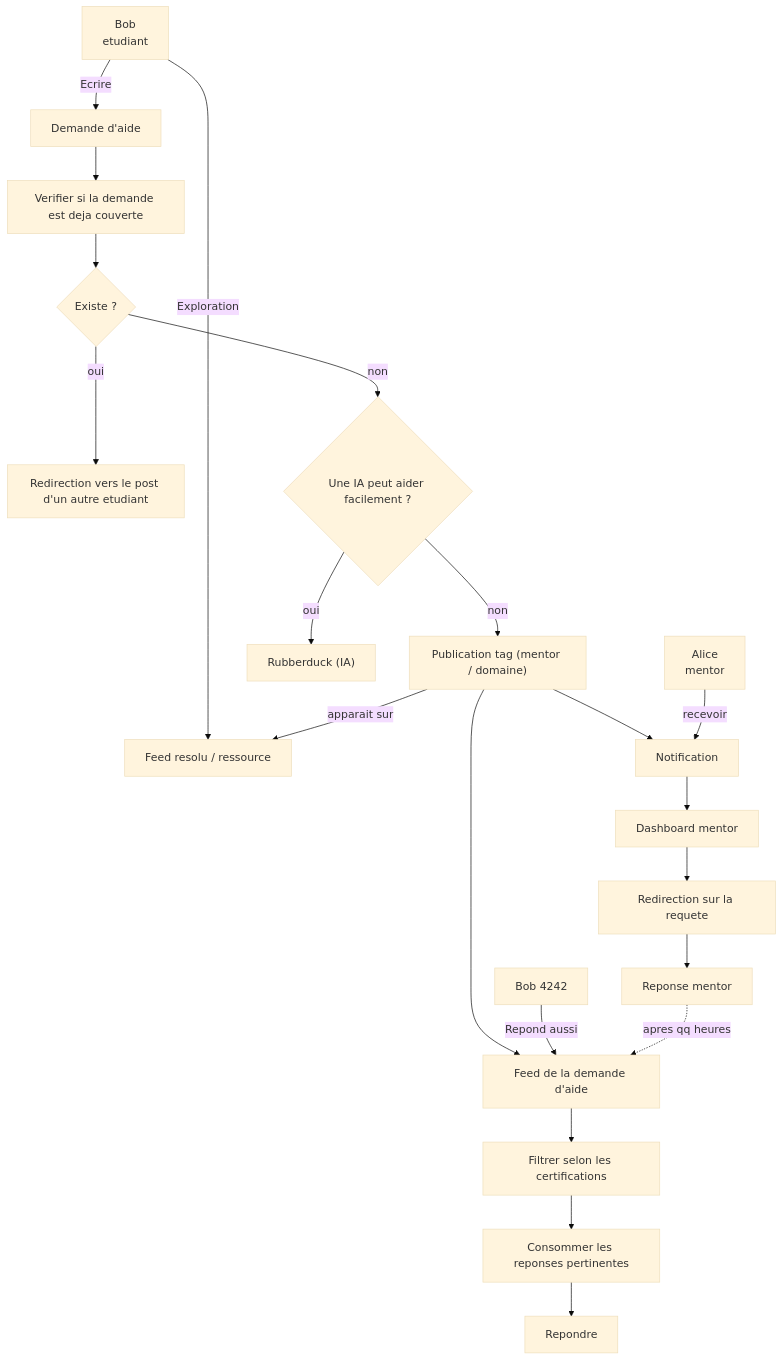
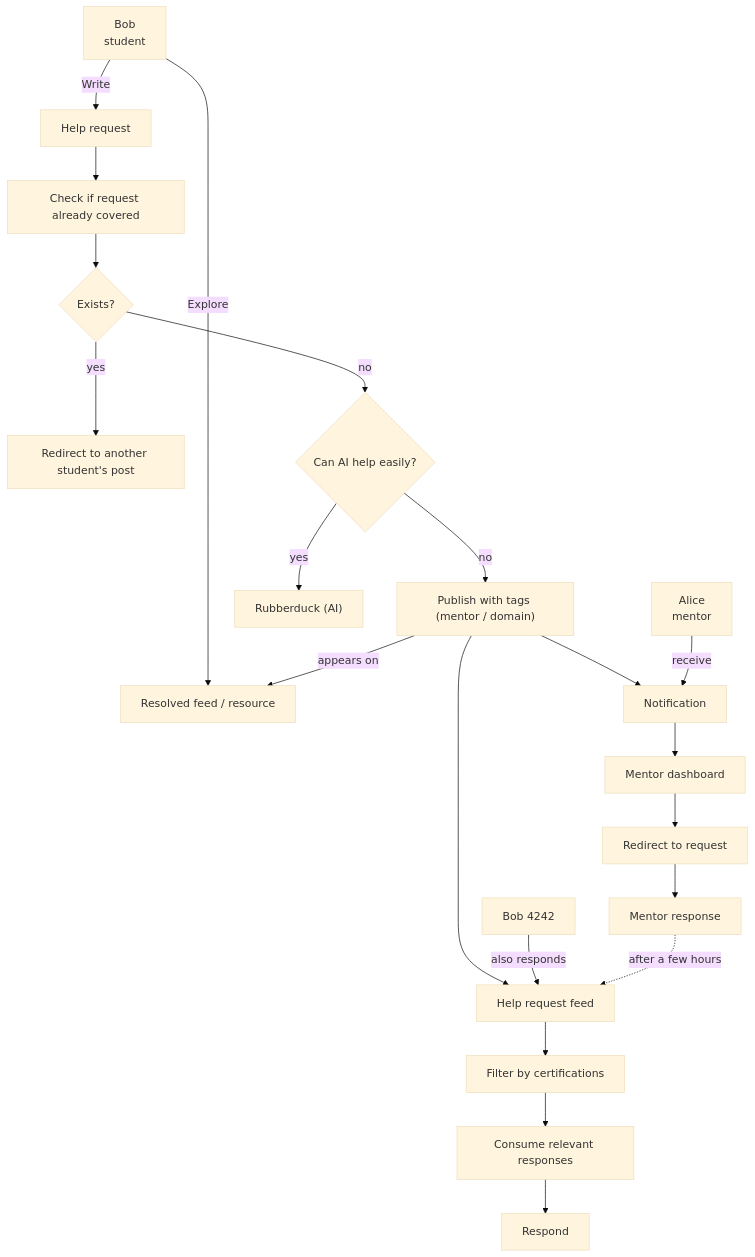
One commit to AllAboard-THP/All-Aboard changed the diagram in Docs/product/user-journeys.md. Above: the diagram before and after it, drawn with Mermaid (base theme). The commit also changed other lines of this file and 84 other files, not shown here.

````diff
--- a/Docs/product/user-journeys.md
+++ b/Docs/product/user-journeys.md
@@ -31,45 +31,45 @@
 ```mermaid
 flowchart TD
-    Bob["Bob<br/>etudiant"]
+    Bob["Bob<br/>student"]
     Alice["Alice<br/>mentor"]
     Bob2["Bob 4242"]
-    IA["Rubberduck (IA)"]
+    IA["Rubberduck (AI)"]
 
-    Demande["Demande d'aide"]
-    Check["Verifier si la demande est deja couverte"]
-    Existe{"Existe ?"}
-    Redirect["Redirection vers le post d'un autre etudiant"]
+    Demande["Help request"]
+    Check["Check if request already covered"]
+    Existe{"Exists?"}
+    Redirect["Redirect to another student's post"]
 
-    AideIA{"Une IA peut aider facilement ?"}
-    Publish["Publication tag (mentor / domaine)"]
-    FeedRes["Feed resolu / ressource"]
+    AideIA{"Can AI help easily?"}
+    Publish["Publish with tags (mentor / domain)"]
+    FeedRes["Resolved feed / resource"]
     Notif["Notification"]
-    Dash["Dashboard mentor"]
-    Req["Redirection sur la requete"]
-    RepMentor["Reponse mentor"]
+    Dash["Mentor dashboard"]
+    Req["Redirect to request"]
+    RepMentor["Mentor response"]
 
-    FeedDem["Feed de la demande d'aide"]
-    Filtre["Filtrer selon les certifications"]
-    Conso["Consommer les reponses pertinentes"]
-    RepEtu["Repondre"]
+    FeedDem["Help request feed"]
+    Filtre["Filter by certifications"]
+    Conso["Consume relevant responses"]
+    RepEtu["Respond"]
 
-    Bob -->|Ecrire| Demande
-    Bob -->|Exploration| FeedRes
+    Bob -->|Write| Demande
+    Bob -->|Explore| FeedRes
 
     Demande --> Check --> Existe
-    Existe -->|oui| Redirect
-    Existe -->|non| AideIA
-    AideIA -->|oui| IA
-    AideIA -->|non| Publish
+    Existe -->|yes| Redirect
+    Existe -->|no| AideIA
+    AideIA -->|yes| IA
+    AideIA -->|no| Publish
 
-    Publish -->|apparait sur| FeedRes
+    Publish -->|appears on| FeedRes
     Publish --> Notif
-    Alice -->|recevoir| Notif
+    Alice -->|receive| Notif
     Notif --> Dash --> Req --> RepMentor
 
     Publish --> FeedDem
-    Bob2 -->|Repond aussi| FeedDem
-    RepMentor -. "apres qq heures" .-> FeedDem
+    Bob2 -->|also responds| FeedDem
+    RepMentor -. "after a few hours" .-> FeedDem
 
     FeedDem --> Filtre --> Conso --> RepEtu
 ```
````
